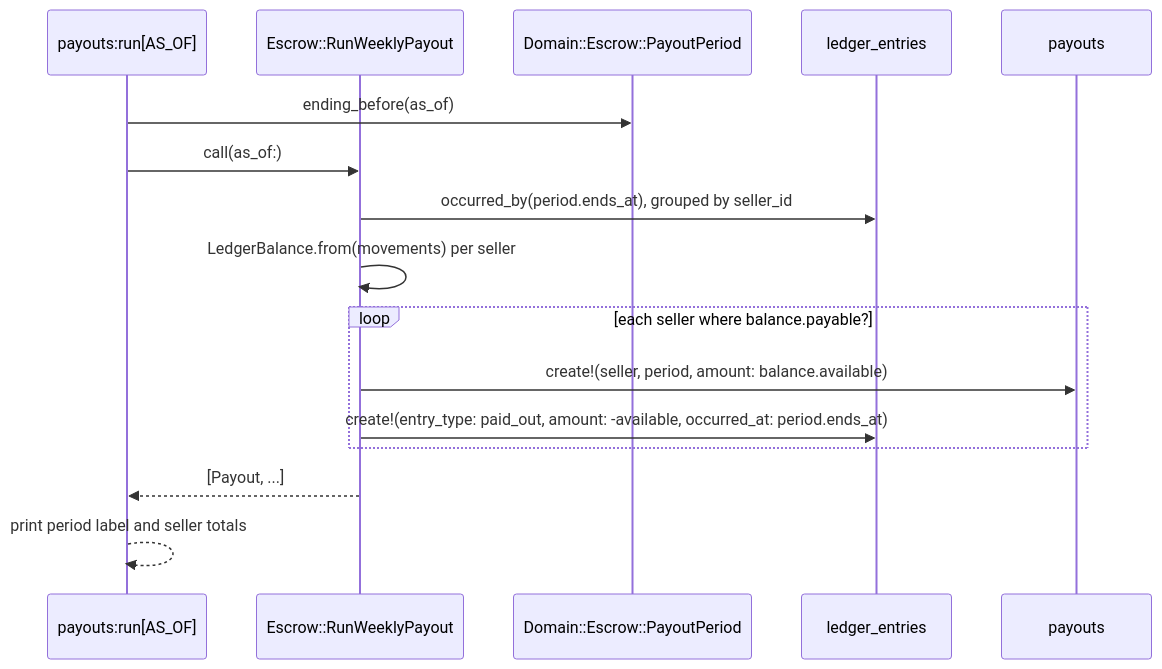
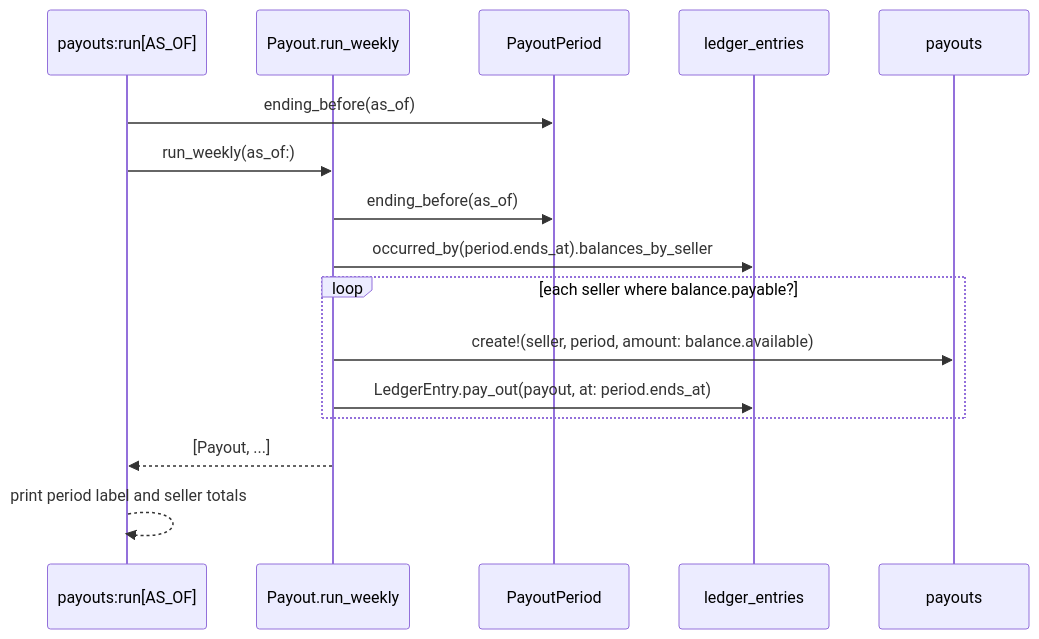
One commit to jonathan-beebe/art-store changed the second of 2 diagrams in prototype/rails/docs/escrow.md. Above: the diagram before and after it, drawn with Mermaid. The commit also changed other lines of this file and 349 other files, not shown here.

````diff
--- a/prototype/rails/docs/escrow.md
+++ b/prototype/rails/docs/escrow.md
@@ -38,19 +38,19 @@
 ```mermaid
 sequenceDiagram
     participant CLI as payouts:run[AS_OF]
-    participant Run as Escrow::RunWeeklyPayout
-    participant Period as Domain::Escrow::PayoutPeriod
+    participant Run as Payout.run_weekly
+    participant Period as PayoutPeriod
     participant Ledger as ledger_entries
     participant Payouts as payouts
 
     CLI->>Period: ending_before(as_of)
-    CLI->>Run: call(as_of:)
-    Run->>Ledger: occurred_by(period.ends_at), grouped by seller_id
-    Run->>Run: LedgerBalance.from(movements) per seller
+    CLI->>Run: run_weekly(as_of:)
+    Run->>Period: ending_before(as_of)
+    Run->>Ledger: occurred_by(period.ends_at).balances_by_seller
     loop each seller where balance.payable?
         Run->>Payouts: create!(seller, period, amount: balance.available)
-        Run->>Ledger: create!(entry_type: paid_out, amount: -available, occurred_at: period.ends_at)
+        Run->>Ledger: LedgerEntry.pay_out(payout, at: period.ends_at)
     end
     Run-->>CLI: [Payout, ...]
     CLI-->>CLI: print period label and seller totals
 ```
````
